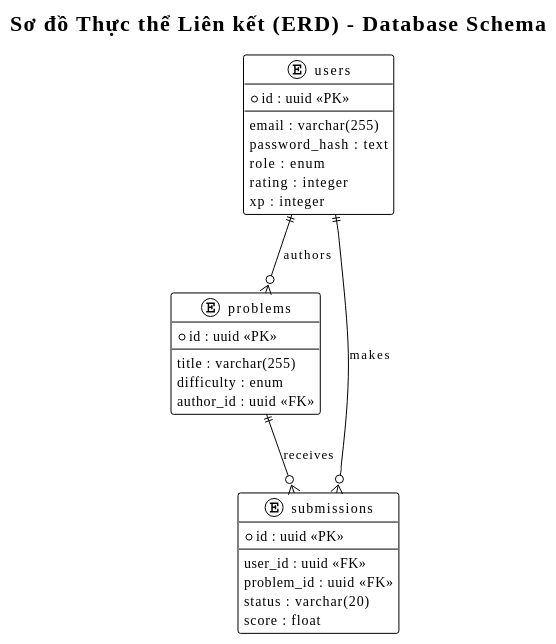
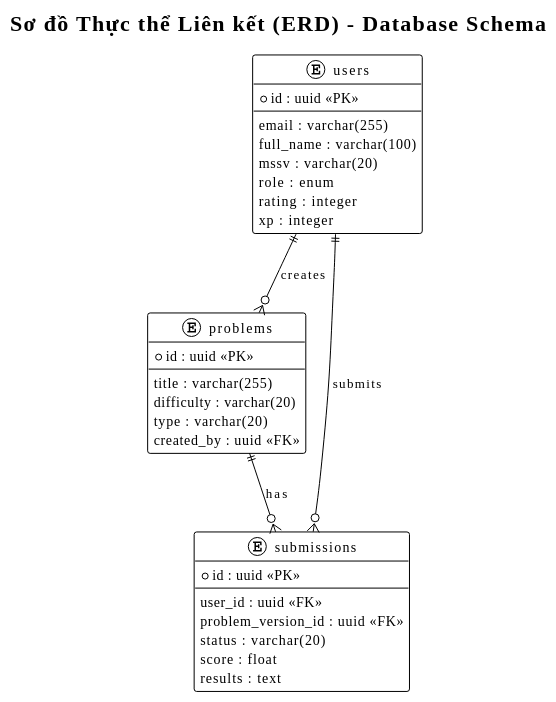
Before and after one commit to ARPHAM/codelearn-fe: the fifth of 10 diagrams in CodeLearn_BaoCao/03d_Ch3_ClassDiagram_Deployment.md, drawn with PlantUML. The commit also changed other lines of this file and 12 other files, not shown here.

````diff
--- a/CodeLearn_BaoCao/03d_Ch3_ClassDiagram_Deployment.md
+++ b/CodeLearn_BaoCao/03d_Ch3_ClassDiagram_Deployment.md
@@ -131,38 +152,41 @@
 ```plantuml
 @startuml ERD_CodeLearn
 skinparam monochrome true
 !theme plain
 title Sơ đồ Thực thể Liên kết (ERD) - Database Schema
 
 entity "users" {
   *id : uuid <<PK>>
   --
   email : varchar(255)
-  password_hash : text
+  full_name : varchar(100)
+  mssv : varchar(20)
   role : enum
   rating : integer
   xp : integer
 }
 
 entity "problems" {
   *id : uuid <<PK>>
   --
   title : varchar(255)
-  difficulty : enum
-  author_id : uuid <<FK>>
+  difficulty : varchar(20)
+  type : varchar(20)
+  created_by : uuid <<FK>>
 }
 
 entity "submissions" {
   *id : uuid <<PK>>
   --
   user_id : uuid <<FK>>
-  problem_id : uuid <<FK>>
+  problem_version_id : uuid <<FK>>
   status : varchar(20)
   score : float
+  results : text
 }
 
-users ||--o{ problems : "authors"
-users ||--o{ submissions : "makes"
-problems ||--o{ submissions : "receives"
+users ||--o{ problems : "creates"
+users ||--o{ submissions : "submits"
+problems ||--o{ submissions : "has"
 @enduml
 ```
````
